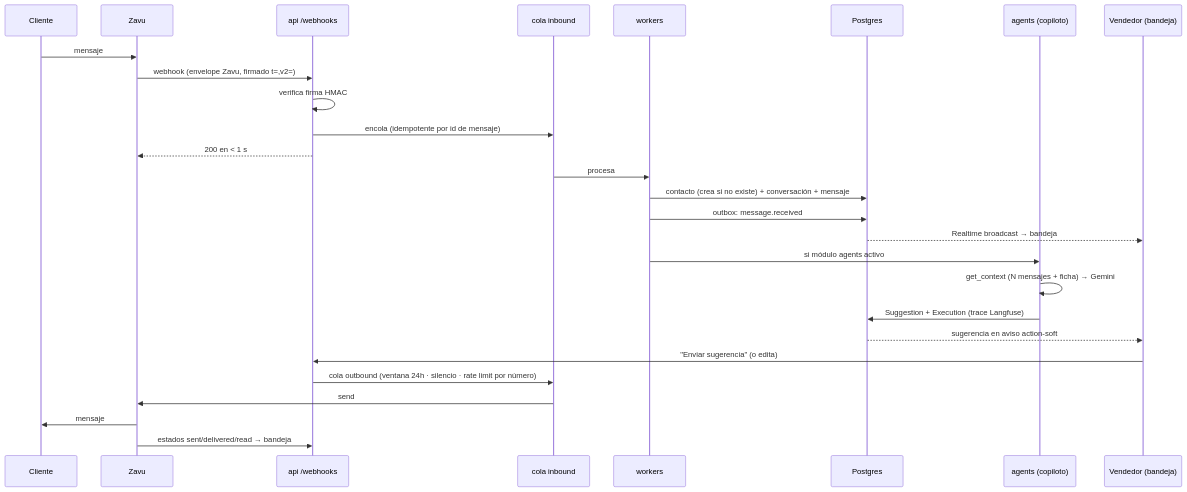
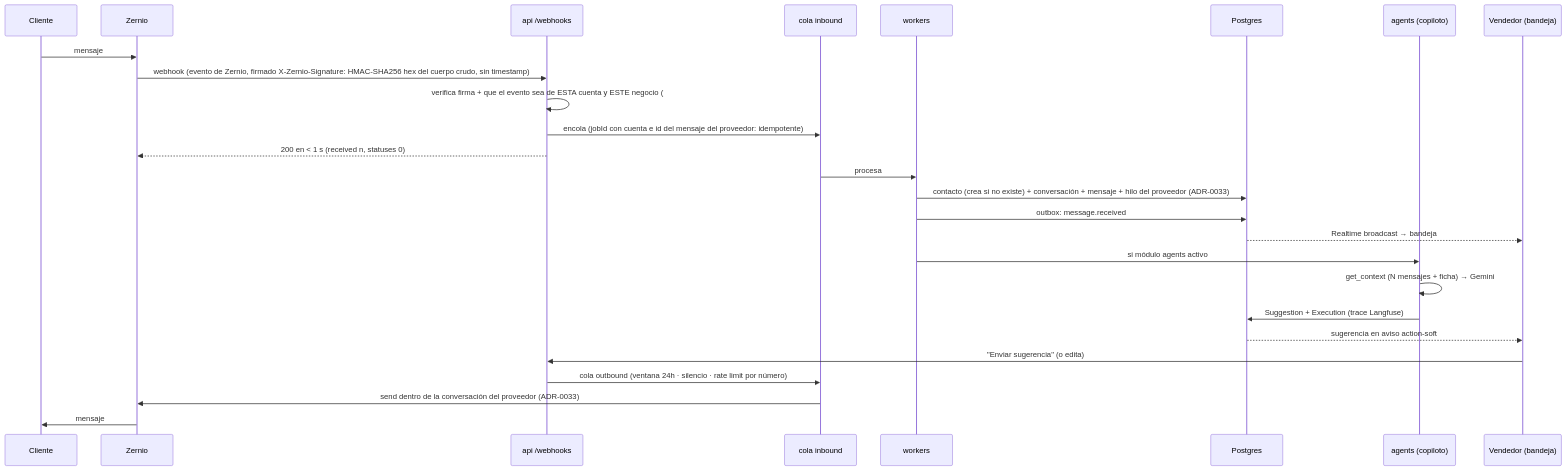
Before and after one commit to voxtilabs/IAxTi: the fourth of 7 diagrams in docs/ARCHITECTURE.md, drawn with Mermaid. The commit also changed other lines of this file and 145 other files, not shown here.

First line of the commit message:
refactor!: retira Zavu del código y del despliegue — Zernio único transporte (#1339)

````diff
--- a/docs/ARCHITECTURE.md
+++ b/docs/ARCHITECTURE.md
@@ -110,30 +110,29 @@
 ```mermaid
 sequenceDiagram
   participant Cliente
-  participant Zavu
+  participant Z as Zernio
   participant API as api /webhooks
   participant Q as cola inbound
   participant W as workers
   participant DB as Postgres
   participant AG as agents (copiloto)
   participant V as Vendedor (bandeja)
 
-  Cliente->>Zavu: mensaje
-  Zavu->>API: webhook (envelope Zavu, firmado t=,v2=)
-  API->>API: verifica firma HMAC
-  API->>Q: encola (idempotente por id de mensaje)
-  API-->>Zavu: 200 en < 1 s
+  Cliente->>Z: mensaje
+  Z->>API: webhook (evento de Zernio, firmado X-Zernio-Signature: HMAC-SHA256 hex del cuerpo crudo, sin timestamp)
+  API->>API: verifica firma + que el evento sea de ESTA cuenta y ESTE negocio (#1321)
+  API->>Q: encola (jobId con cuenta e id del mensaje del proveedor: idempotente)
+  API-->>Z: 200 en < 1 s (received n, statuses 0)
   Q->>W: procesa
-  W->>DB: contacto (crea si no existe) + conversación + mensaje
+  W->>DB: contacto (crea si no existe) + conversación + mensaje + hilo del proveedor (ADR-0033)
   W->>DB: outbox: message.received
   DB-->>V: Realtime broadcast → bandeja
   W->>AG: si módulo agents activo
   AG->>AG: get_context (N mensajes + ficha) → Gemini
   AG->>DB: Suggestion + Execution (trace Langfuse)
   DB-->>V: sugerencia en aviso action-soft
   V->>API: "Enviar sugerencia" (o edita)
   API->>Q: cola outbound (ventana 24h · silencio · rate limit por número)
-  Q->>Zavu: send
-  Zavu->>Cliente: mensaje
-  Zavu->>API: estados sent/delivered/read → bandeja
+  Q->>Z: send dentro de la conversación del proveedor (ADR-0033)
+  Z->>Cliente: mensaje
 ```
````
